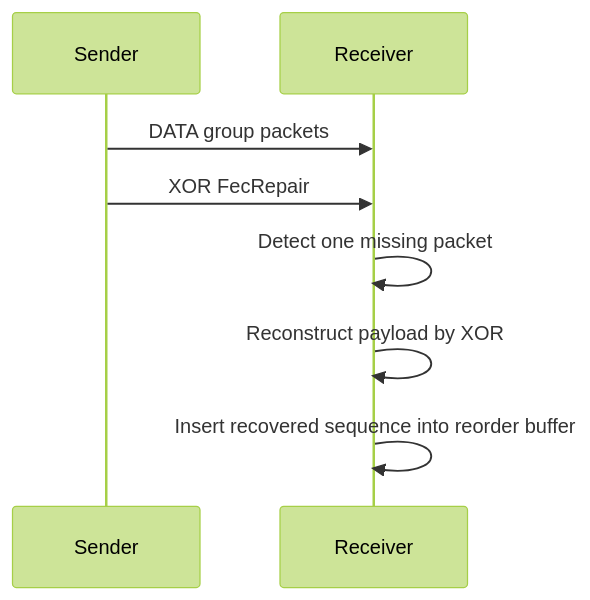
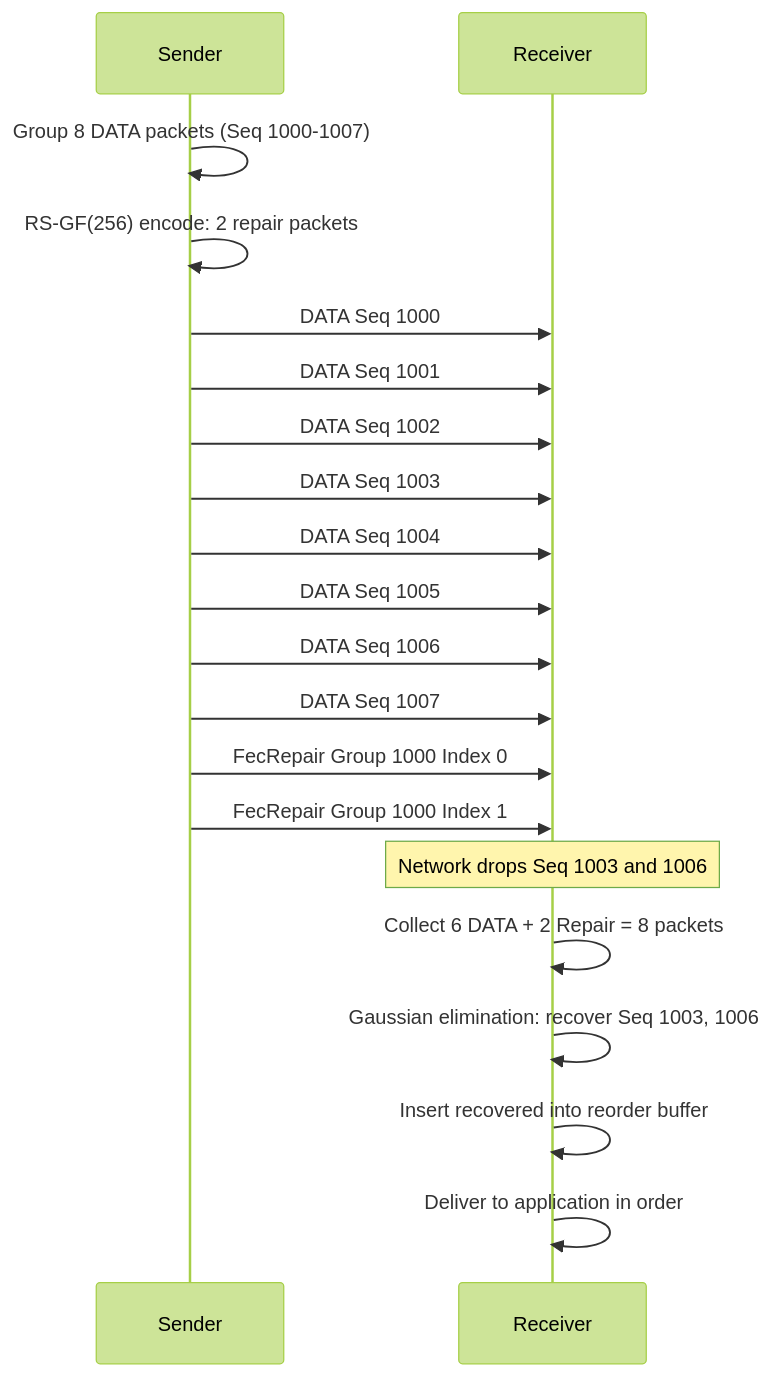
Before and after one commit to liulilittle/ucp: the seventh of 7 diagrams in docs/protocol.md, drawn with Mermaid (forest theme). The commit also changed other lines of this file and 17 other files, not shown here.

````diff
--- a/docs/protocol.md
+++ b/docs/protocol.md
@@ -145,10 +278,24 @@
 ```mermaid
 sequenceDiagram
     participant S as Sender
     participant R as Receiver
-    S->>R: DATA group packets
-    S->>R: XOR FecRepair
-    R->>R: Detect one missing packet
-    R->>R: Reconstruct payload by XOR
-    R->>R: Insert recovered sequence into reorder buffer
+
+    S->>S: Group 8 DATA packets (Seq 1000-1007)
+    S->>S: RS-GF(256) encode: 2 repair packets
+    S->>R: DATA Seq 1000
+    S->>R: DATA Seq 1001
+    S->>R: DATA Seq 1002
+    S->>R: DATA Seq 1003
+    S->>R: DATA Seq 1004
+    S->>R: DATA Seq 1005
+    S->>R: DATA Seq 1006
+    S->>R: DATA Seq 1007
+    S->>R: FecRepair Group 1000 Index 0
+    S->>R: FecRepair Group 1000 Index 1
+
+    Note over R: Network drops Seq 1003 and 1006
+    R->>R: Collect 6 DATA + 2 Repair = 8 packets
+    R->>R: Gaussian elimination: recover Seq 1003, 1006
+    R->>R: Insert recovered into reorder buffer
+    R->>R: Deliver to application in order
 ```
````
